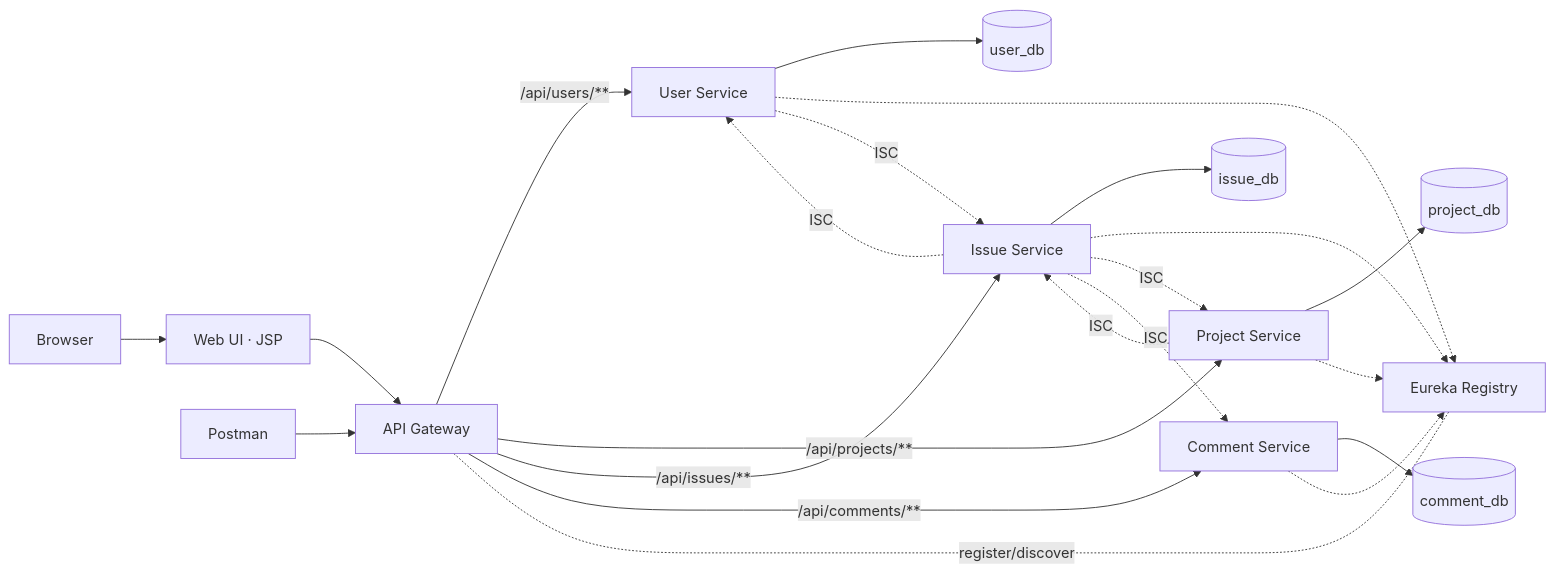
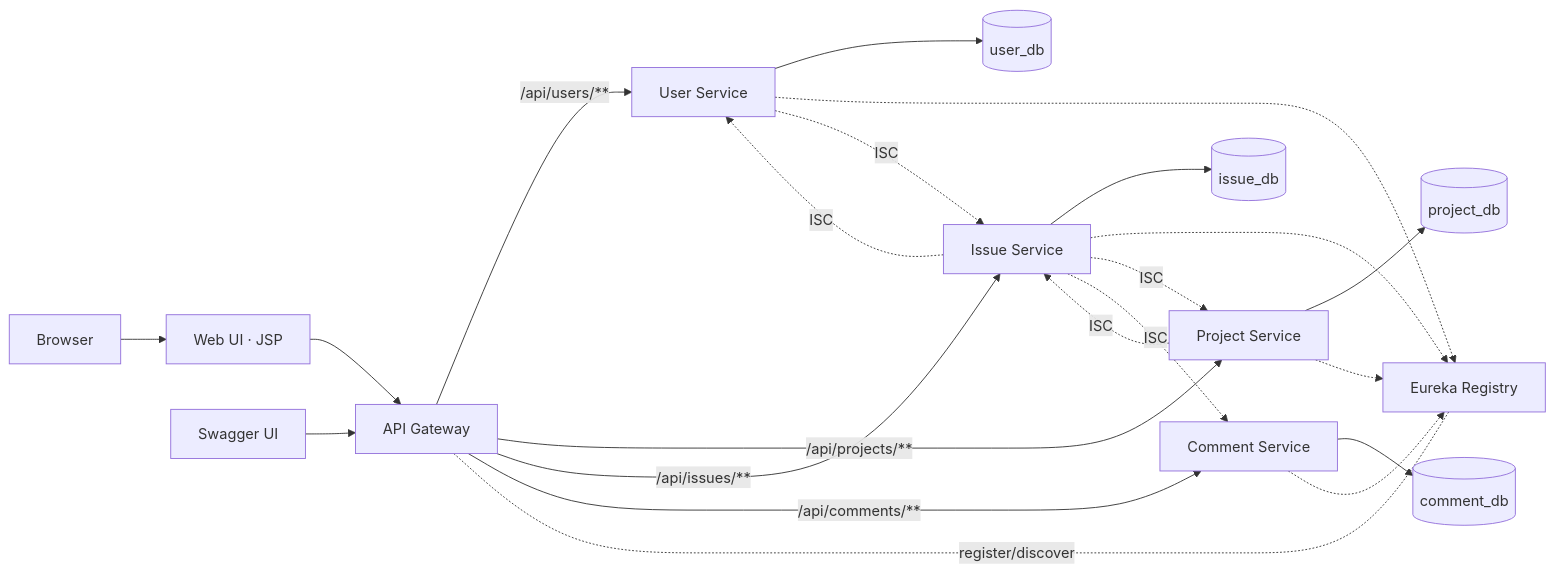
Before and after one commit to ragnar-vallhala/issue-tracker: the diagram in docs/SRS.md, drawn with Mermaid. The commit also changed other lines of this file and 12 other files, not shown here.

First line of the commit message:
Replace Postman with Swagger UI as the API client

````diff
--- a/docs/SRS.md
+++ b/docs/SRS.md
@@ -52,25 +52,25 @@
 ```mermaid
 graph LR
   B[Browser] --> W[Web UI · JSP]
   W --> GW[API Gateway]
-  PM[Postman] --> GW
+  SW[Swagger UI] --> GW
   GW -->|/api/users/**| US[User Service]
   GW -->|/api/projects/**| PS[Project Service]
   GW -->|/api/issues/**| IS[Issue Service]
   GW -->|/api/comments/**| CS[Comment Service]
   US --> UDB[(user_db)]
   PS --> PDB[(project_db)]
   IS --> IDB[(issue_db)]
   CS --> CDB[(comment_db)]
   EU[Eureka Registry]
   GW -.register/discover.- EU
   US -.-> EU
   PS -.-> EU
   IS -.-> EU
   CS -.-> EU
   US -.ISC.-> IS
   PS -.ISC.-> IS
   IS -.ISC.-> US
   IS -.ISC.-> PS
   IS -.ISC.-> CS
 ```
````
